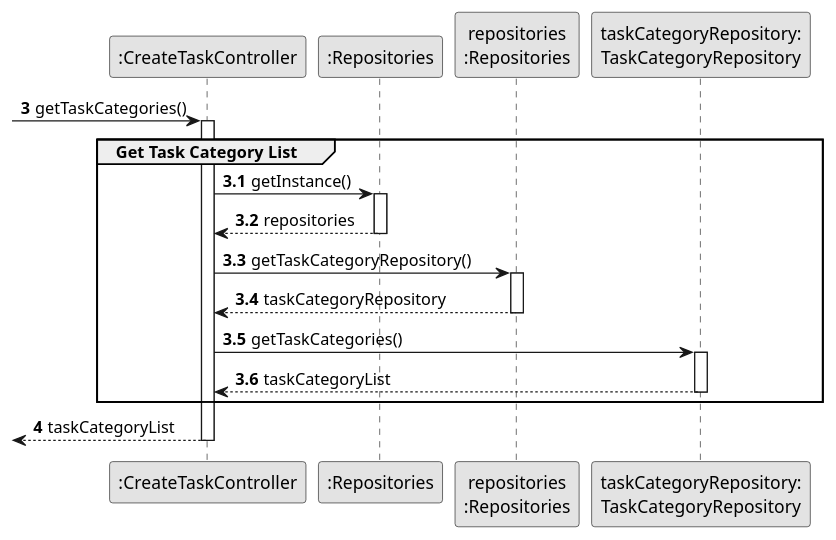
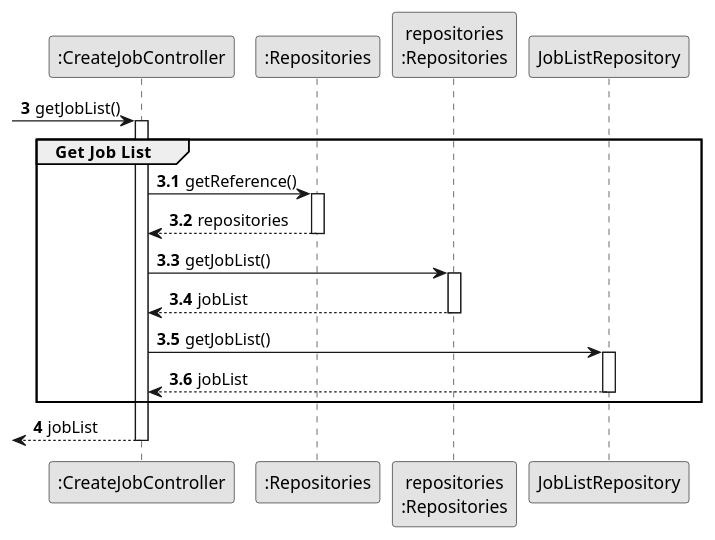
The diagram in docs/sprintA&B/us002/03.design/puml/us002-sequence-diagram-partial-get-task-category-list.puml (daniel41silva05/ISEP_2023_2024_LAPR2), drawn with PlantUML before and after one commit. The commit also changed 17 other files, not shown here.

```diff
--- a/docs/sprintA&B/us002/03.design/puml/us002-sequence-diagram-partial-get-task-category-list.puml
+++ b/docs/sprintA&B/us002/03.design/puml/us002-sequence-diagram-partial-get-task-category-list.puml
@@ -1,48 +1,48 @@
 @startuml
 skinparam monochrome true
 skinparam packageStyle rectangle
 skinparam shadowing false
 
 autonumber
 
 'hide footbox
 
-participant ":CreateTaskController" as CTRL
+participant ":CreateJobController" as CTRL
 participant ":Repositories" as RepositorySingleton
 participant "repositories\n:Repositories" as PLAT
-participant "taskCategoryRepository:\nTaskCategoryRepository" as TaskCategoryRepository
+'participant "jobListRepository:\nTaskCategoryRepository" as TaskCategoryRepository
 
 autonumber 3
 
- -> CTRL : getTaskCategories()
+ -> CTRL : getJobList()
 autonumber 3.1
 activate CTRL
-    group Get Task Category List
+    group Get Job  List
 
 
-            CTRL -> RepositorySingleton : getInstance()
+            CTRL -> RepositorySingleton : getReference()
             activate RepositorySingleton
 
                 RepositorySingleton --> CTRL: repositories
             deactivate RepositorySingleton
 
-            CTRL -> PLAT : getTaskCategoryRepository()
+            CTRL -> PLAT : getJobList()
             activate PLAT
 
-                PLAT --> CTRL: taskCategoryRepository
+                PLAT --> CTRL: jobList
             deactivate PLAT
 
-            CTRL -> TaskCategoryRepository : getTaskCategories()
-            activate TaskCategoryRepository
+            CTRL -> JobListRepository : getJobList()
+            activate JobListRepository
 
-                TaskCategoryRepository --> CTRL : taskCategoryList
-            deactivate TaskCategoryRepository
+                JobListRepository --> CTRL : jobList
+            deactivate JobListRepository
 
 
     end
     autonumber 4
-    <-- CTRL  : taskCategoryList
+    <-- CTRL  : jobList
 deactivate CTRL
 
 
 @enduml
```
